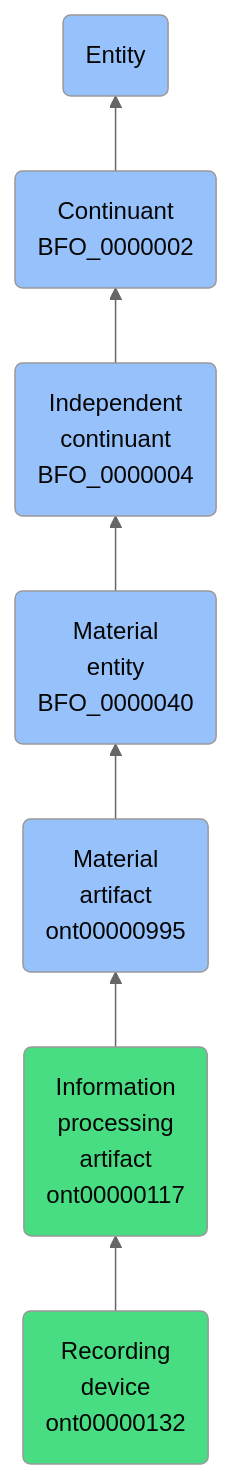
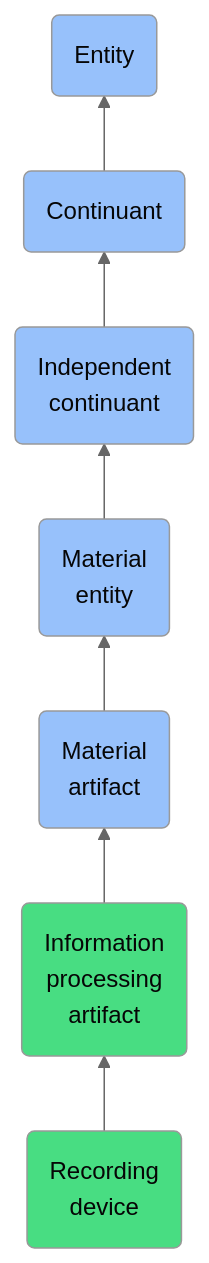
The diagram in docs/ontology/reference/model/Entity/Continuant/Independent continuant/Material entity/Material artifact/Information processing artifact/Recording device/Recording device.md (jupyter-naas/abi), drawn with Mermaid (neutral theme) before and after one commit. The commit also changed other lines of this file and 1430 other files, not shown here.

````diff
--- a/docs/ontology/reference/model/Entity/Continuant/Independent continuant/Material entity/Material artifact/Information processing artifact/Recording device/Recording device.md
+++ b/docs/ontology/reference/model/Entity/Continuant/Independent continuant/Material entity/Material artifact/Information processing artifact/Recording device/Recording device.md
@@ -24,14 +24,14 @@
 ```mermaid
 graph BT
-    ont00000132(Recording<br>device<br>ont00000132):::ABI-->ont00000117
-    ont00000117(Information<br>processing<br>artifact<br>ont00000117):::ABI-->ont00000995
-    ont00000995(Material<br>artifact<br>ont00000995):::BFO-->BFO_0000040
-    BFO_0000040(Material<br>entity<br>BFO_0000040):::BFO-->BFO_0000004
-    BFO_0000004(Independent<br>continuant<br>BFO_0000004):::BFO-->BFO_0000002
-    BFO_0000002(Continuant<br>BFO_0000002):::BFO-->BFO_0000001
+    ont00000132(Recording<br>device):::ABI-->ont00000117
+    ont00000117(Information<br>processing<br>artifact):::ABI-->ont00000995
+    ont00000995(Material<br>artifact):::BFO-->BFO_0000040
+    BFO_0000040(Material<br>entity):::BFO-->BFO_0000004
+    BFO_0000004(Independent<br>continuant):::BFO-->BFO_0000002
+    BFO_0000002(Continuant):::BFO-->BFO_0000001
     BFO_0000001(Entity):::BFO
     
     classDef BFO fill:#97c1fb,color:#060606
     classDef CCO fill:#e4c51e,color:#060606
     classDef ABI fill:#48DD82,color:#060606
 ```
````
